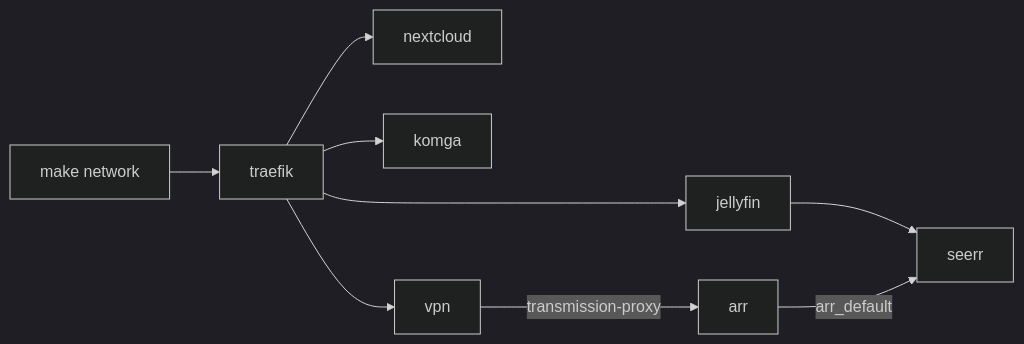
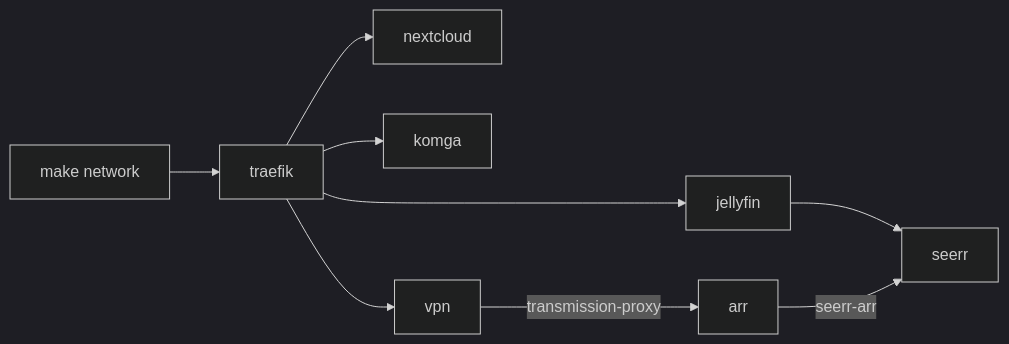
The first of 2 diagrams in docs/architecture.md (nattyebola/home-server-services), drawn with Mermaid (dark theme) before and after one commit. The commit also changed other lines of this file and 7 other files, not shown here.

First line of the commit message:
fix(seerr): réseau dédié seerr-arr, plus d'accès à Prowlarr ni cross-seed

````diff
--- a/docs/architecture.md
+++ b/docs/architecture.md
@@ -33,8 +33,8 @@
 ```mermaid
 flowchart LR
     net["make network"] --> traefik
     traefik --> jellyfin & nextcloud & komga & vpn
     vpn -->|"transmission-proxy"| arr
     jellyfin --> seerr
-    arr -->|"arr_default"| seerr
+    arr -->|"seerr-arr"| seerr
 ```
````
